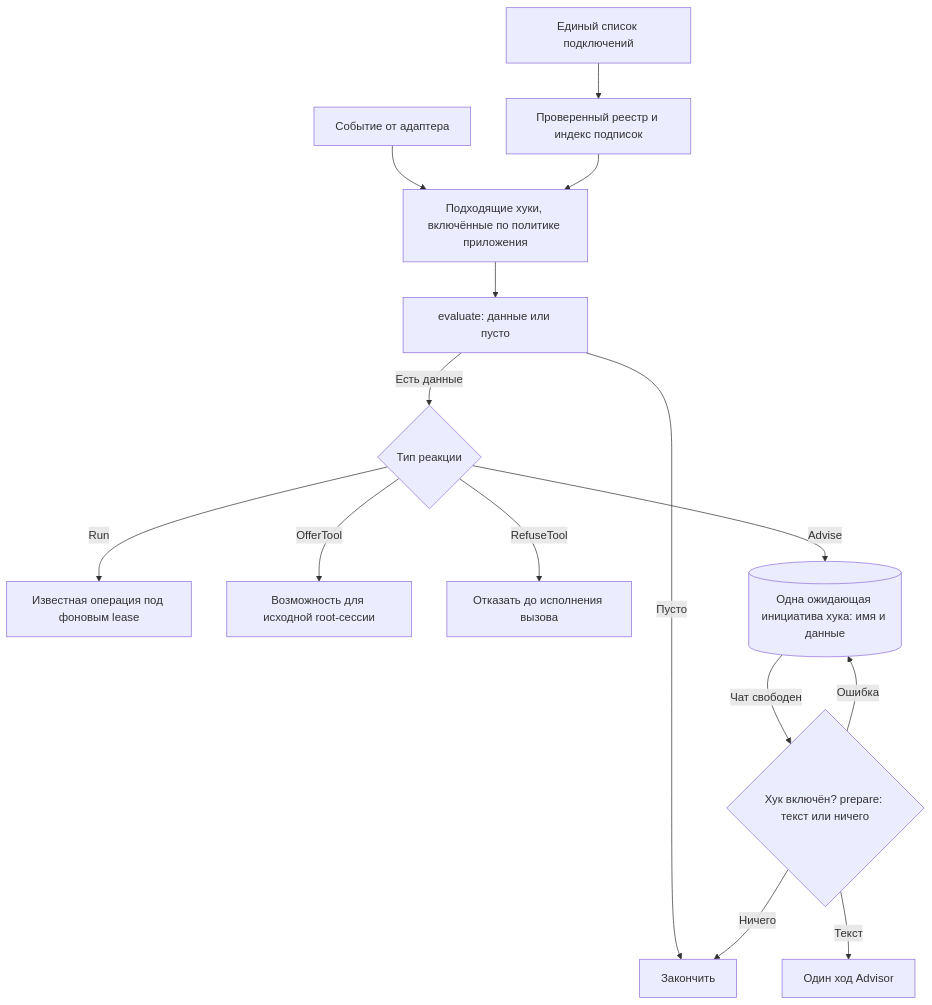
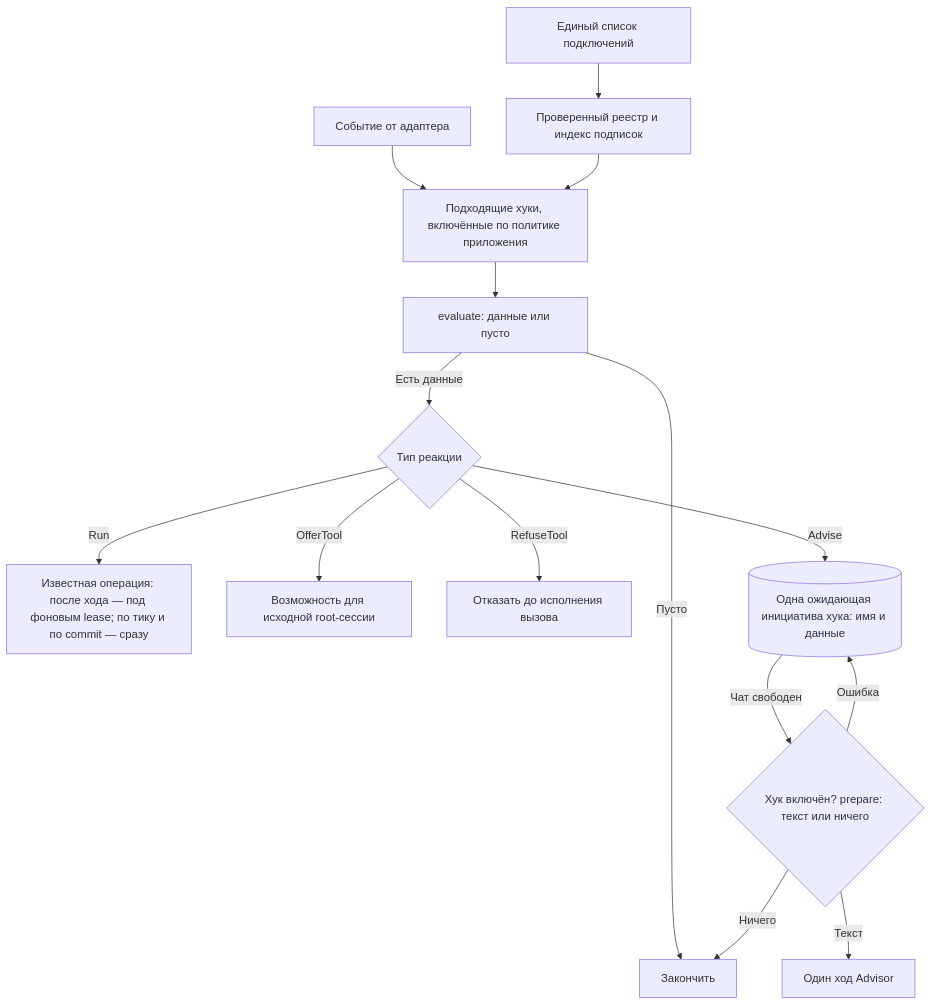
Before and after one commit to myvaheed/tg-ai-safwa: the diagram in docs/HOOK_ARCH.md, drawn with Mermaid. The commit also changed other lines of this file and 2 other files, not shown here.

Commit message:
v9.69 the architecture documents say what stands after the hook batches: a Sprint's end is a fact its summary hook words, recovery runs once the hooks are bound, and the tick poll is a background loop of its own

````diff
--- a/docs/HOOK_ARCH.md
+++ b/docs/HOOK_ARCH.md
@@ -286,17 +292,17 @@
 ```mermaid
 flowchart TD
     A["Единый список подключений"] --> B["Проверенный реестр и индекс подписок"]
     C["Событие от адаптера"] --> D["Подходящие хуки, включённые по политике приложения"]
     B --> D
     D --> E["evaluate: данные или пусто"]
     E -->|Пусто| Z["Закончить"]
     E -->|Есть данные| F{"Тип реакции"}
-    F -->|Run| G["Известная операция под фоновым lease"]
+    F -->|Run| G["Известная операция: после хода — под фоновым lease; по тику и по commit — сразу"]
     F -->|OfferTool| H["Возможность для исходной root-сессии"]
     F -->|RefuseTool| I["Отказать до исполнения вызова"]
     F -->|Advise| J[("Одна ожидающая инициатива хука: имя и данные")]
     J -->|Чат свободен| K{"Хук включён? prepare: текст или ничего"}
     K -->|Текст| L["Один ход Advisor"]
     K -->|Ничего| Z
     K -->|Ошибка| J
 ```
````
